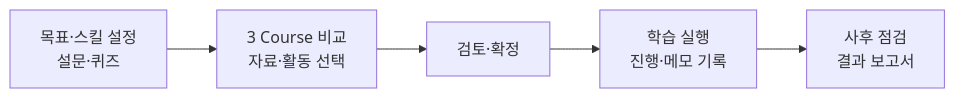
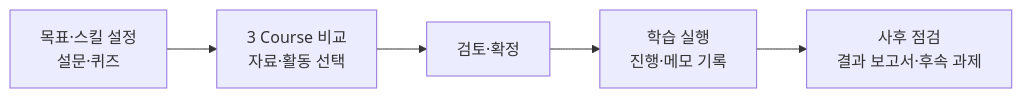
Before and after one commit to 20260528-skn-family-ai-33/SKN33-Final-2Team: the first of 2 diagrams in README.md, drawn with Mermaid. The commit also changed other lines of this file and 16 other files, not shown here.

````diff
--- a/README.md
+++ b/README.md
@@ -45,7 +47,7 @@
 ```mermaid
 flowchart LR
     A["목표·스킬 설정<br/>설문·퀴즈"] --> B["3 Course 비교<br/>자료·활동 선택"]
     B --> C["검토·확정"]
     C --> D["학습 실행<br/>진행·메모 기록"]
-    D --> E["사후 점검<br/>결과 보고서"]
+    D --> E["사후 점검<br/>결과 보고서·후속 과제"]
 ```
````
